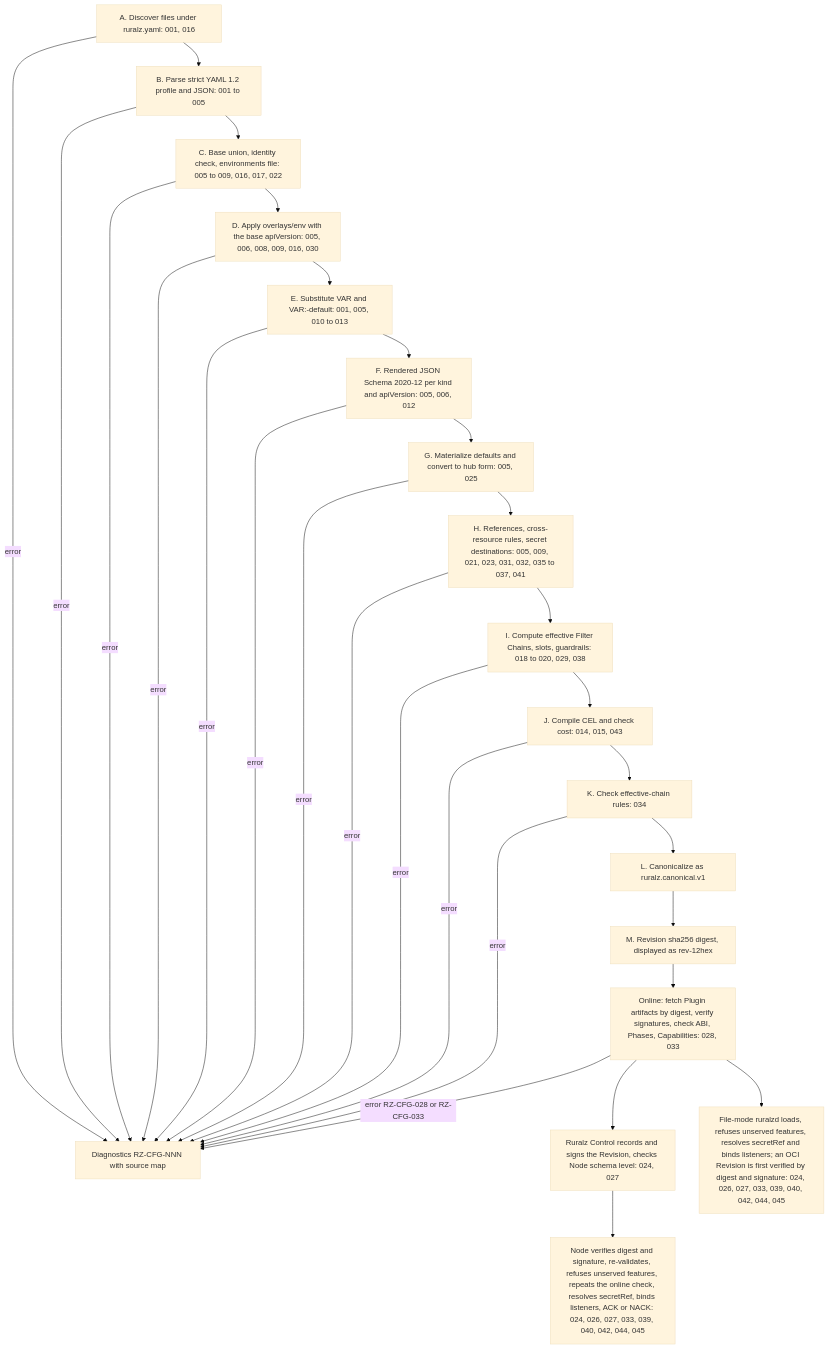
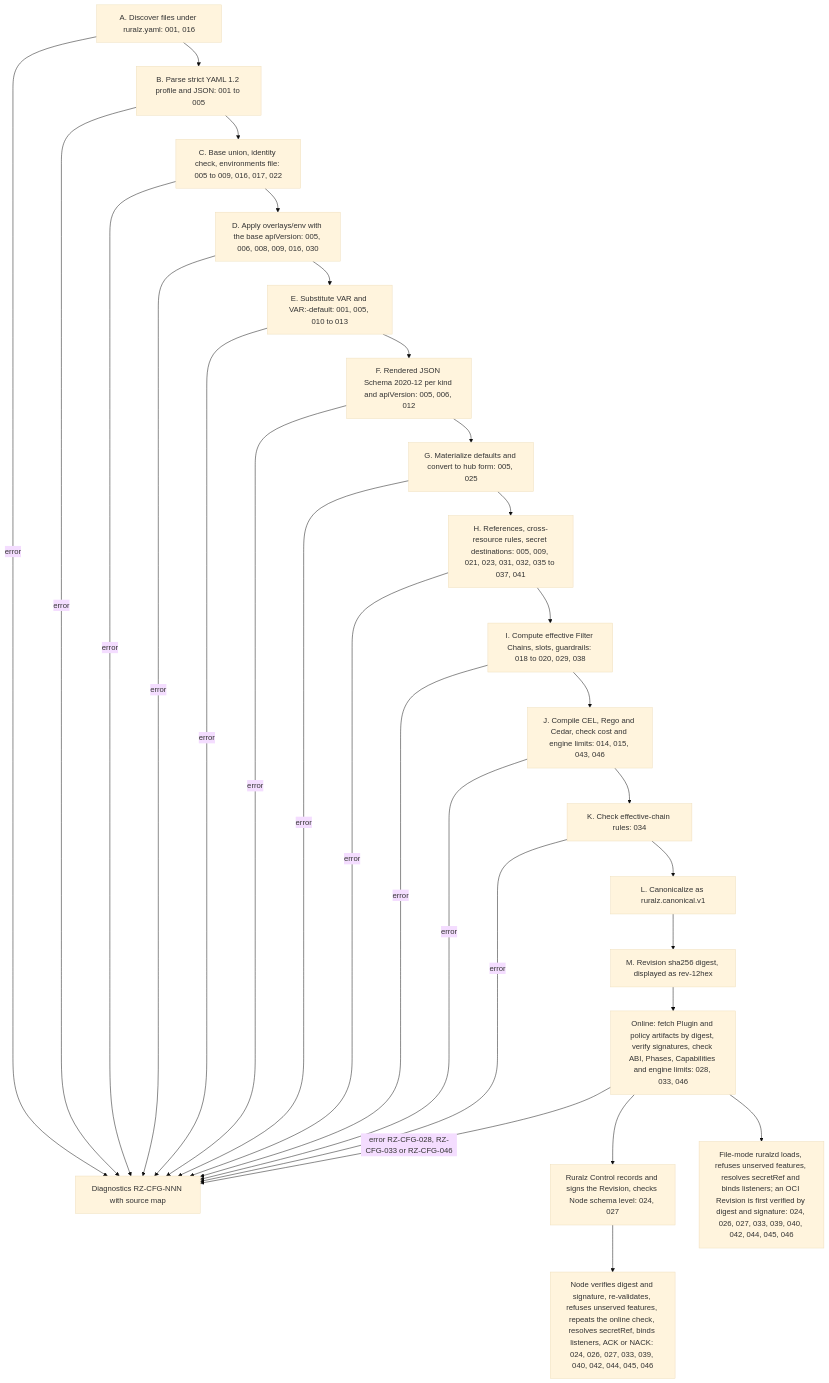
The third of 3 diagrams in docs/architecture/02-configuration-model.md (ravindu-rev/ruralz), drawn with Mermaid (base theme) before and after one commit. The commit also changed other lines of this file and 10 other files, not shown here.

````diff
--- a/docs/architecture/02-configuration-model.md
+++ b/docs/architecture/02-configuration-model.md
@@ -889,31 +892,31 @@
 ```mermaid
 flowchart TD
     A["A. Discover files under ruralz.yaml: 001, 016"] --> B["B. Parse strict YAML 1.2 profile and JSON: 001 to 005"]
     B --> C["C. Base union, identity check, environments file: 005 to 009, 016, 017, 022"]
     C --> D["D. Apply overlays/env with the base apiVersion: 005, 006, 008, 009, 016, 030"]
     D --> E["E. Substitute VAR and VAR:-default: 001, 005, 010 to 013"]
     E --> F["F. Rendered JSON Schema 2020-12 per kind and apiVersion: 005, 006, 012"]
     F --> G["G. Materialize defaults and convert to hub form: 005, 025"]
     G --> H["H. References, cross-resource rules, secret destinations: 005, 009, 021, 023, 031, 032, 035 to 037, 041"]
     H --> I["I. Compute effective Filter Chains, slots, guardrails: 018 to 020, 029, 038"]
-    I --> J["J. Compile CEL and check cost: 014, 015, 043"]
+    I --> J["J. Compile CEL, Rego and Cedar, check cost and engine limits: 014, 015, 043, 046"]
     J --> K["K. Check effective-chain rules: 034"]
     K --> L["L. Canonicalize as ruralz.canonical.v1"]
     L --> M["M. Revision sha256 digest, displayed as rev-12hex"]
     A -- error --> X["Diagnostics RZ-CFG-NNN with source map"]
     B -- error --> X
     C -- error --> X
     D -- error --> X
     E -- error --> X
     F -- error --> X
     G -- error --> X
     H -- error --> X
     I -- error --> X
     J -- error --> X
     K -- error --> X
-    M --> Q["Online: fetch Plugin artifacts by digest, verify signatures, check ABI, Phases, Capabilities: 028, 033"]
-    Q -- "error RZ-CFG-028 or RZ-CFG-033" --> X
+    M --> Q["Online: fetch Plugin and policy artifacts by digest, verify signatures, check ABI, Phases, Capabilities and engine limits: 028, 033, 046"]
+    Q -- "error RZ-CFG-028, RZ-CFG-033 or RZ-CFG-046" --> X
     Q --> N["Ruralz Control records and signs the Revision, checks Node schema level: 024, 027"]
-    Q --> O["File-mode ruralzd loads, refuses unserved features, resolves secretRef and binds listeners; an OCI Revision is first verified by digest and signature: 024, 026, 027, 033, 039, 040, 042, 044, 045"]
-    N --> P["Node verifies digest and signature, re-validates, refuses unserved features, repeats the online check, resolves secretRef, binds listeners, ACK or NACK: 024, 026, 027, 033, 039, 040, 042, 044, 045"]
+    Q --> O["File-mode ruralzd loads, refuses unserved features, resolves secretRef and binds listeners; an OCI Revision is first verified by digest and signature: 024, 026, 027, 033, 039, 040, 042, 044, 045, 046"]
+    N --> P["Node verifies digest and signature, re-validates, refuses unserved features, repeats the online check, resolves secretRef, binds listeners, ACK or NACK: 024, 026, 027, 033, 039, 040, 042, 044, 045, 046"]
 ```
````
